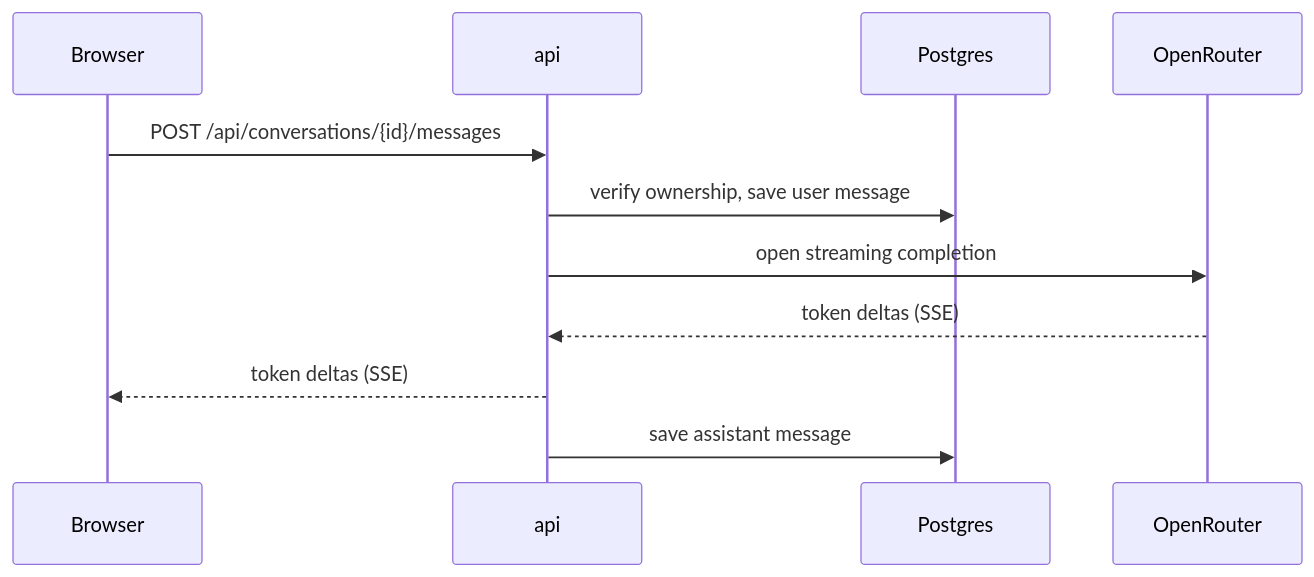
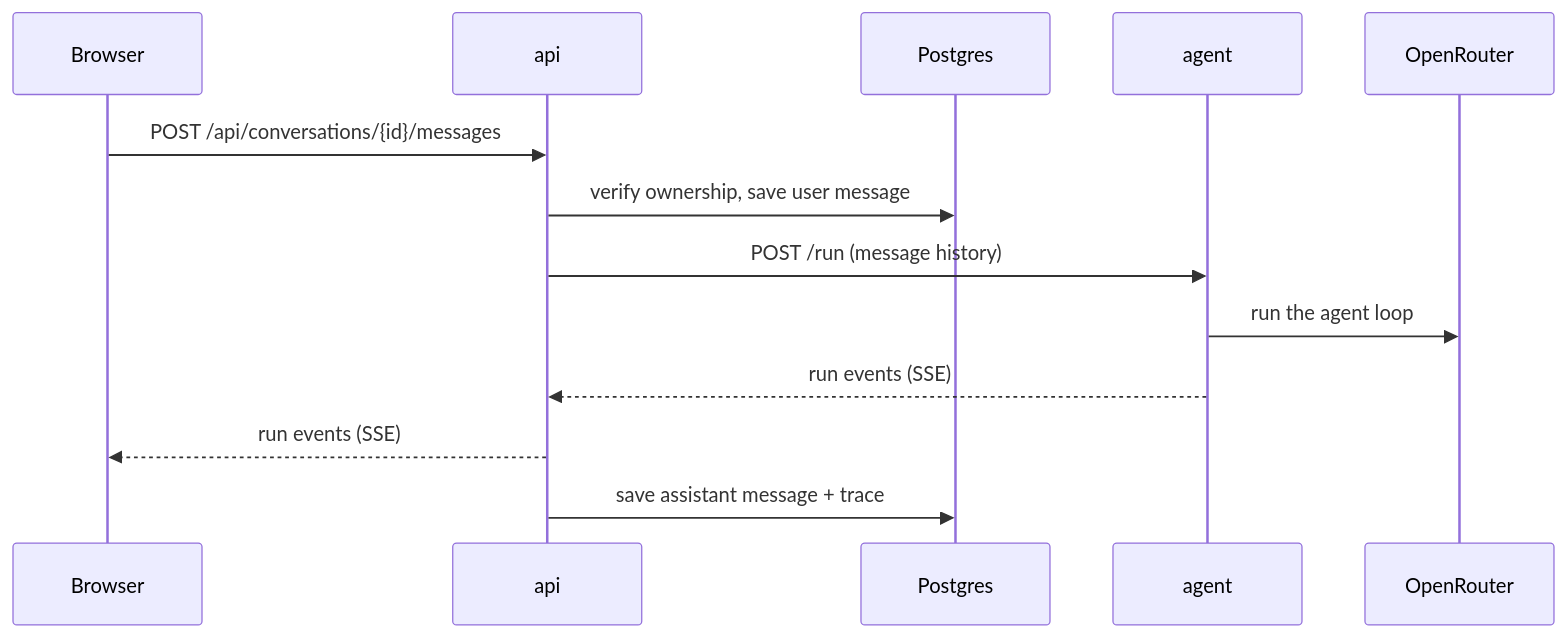
Before and after one commit to ALucek/chat-lucek: the second of 2 diagrams in docs/architecture.md, drawn with Mermaid. The commit also changed other lines of this file and 93 other files, not shown here.

````diff
--- a/docs/architecture.md
+++ b/docs/architecture.md
@@ -26,13 +29,15 @@
 ```mermaid
 sequenceDiagram
     participant B as Browser
     participant A as api
     participant P as Postgres
+    participant G as agent
     participant O as OpenRouter
     B->>A: POST /api/conversations/{id}/messages
     A->>P: verify ownership, save user message
-    A->>O: open streaming completion
-    O-->>A: token deltas (SSE)
-    A-->>B: token deltas (SSE)
-    A->>P: save assistant message
+    A->>G: POST /run (message history)
+    G->>O: run the agent loop
+    G-->>A: run events (SSE)
+    A-->>B: run events (SSE)
+    A->>P: save assistant message + trace
 ```
````
